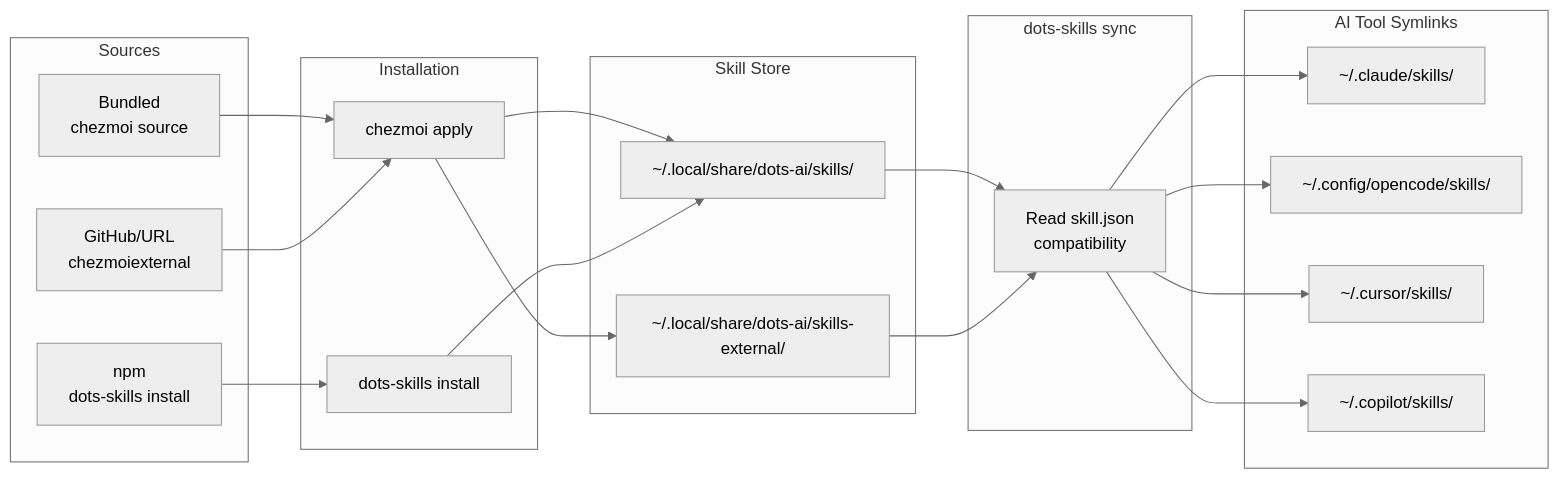
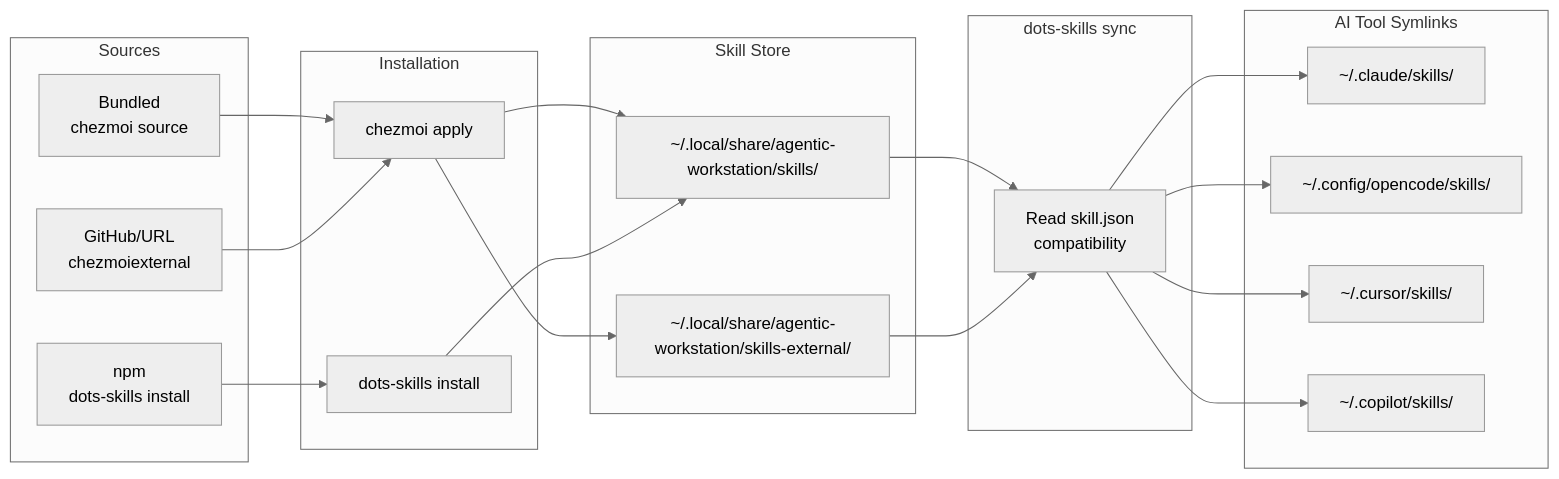
One commit to ulises-jeremias/agentic-workstation changed the diagram in docs/SKILLS.md. Above: the diagram before and after it, drawn with Mermaid (neutral theme). The commit also changed other lines of this file and 796 other files, not shown here.

First line of the commit message:
chore: replace dots-ai references with agentic-workstation (#107)

````diff
--- a/docs/SKILLS.md
+++ b/docs/SKILLS.md
@@ -7,39 +7,39 @@
 ```mermaid
 flowchart LR
     subgraph Sources
         B[Bundled<br/>chezmoi source]
         N[npm<br/>dots-skills install]
         G[GitHub/URL<br/>chezmoiexternal]
     end
 
     subgraph Install["Installation"]
         CA[chezmoi apply]
         NS[dots-skills install]
     end
 
     subgraph Store["Skill Store"]
-        S1["~/.local/share/dots-ai/skills/"]
-        S2["~/.local/share/dots-ai/skills-external/"]
+        S1["~/.local/share/agentic-workstation/skills/"]
+        S2["~/.local/share/agentic-workstation/skills-external/"]
     end
 
     subgraph Sync["dots-skills sync"]
         SJ["Read skill.json<br/>compatibility"]
     end
 
     subgraph Tools["AI Tool Symlinks"]
         T1["~/.claude/skills/"]
         T2["~/.config/opencode/skills/"]
         T3["~/.cursor/skills/"]
         T4["~/.copilot/skills/"]
     end
 
     B --> CA --> S1
     N --> NS --> S1
     G --> CA --> S2
     S1 --> SJ
     S2 --> SJ
     SJ --> T1
     SJ --> T2
     SJ --> T3
     SJ --> T4
 ```
````
